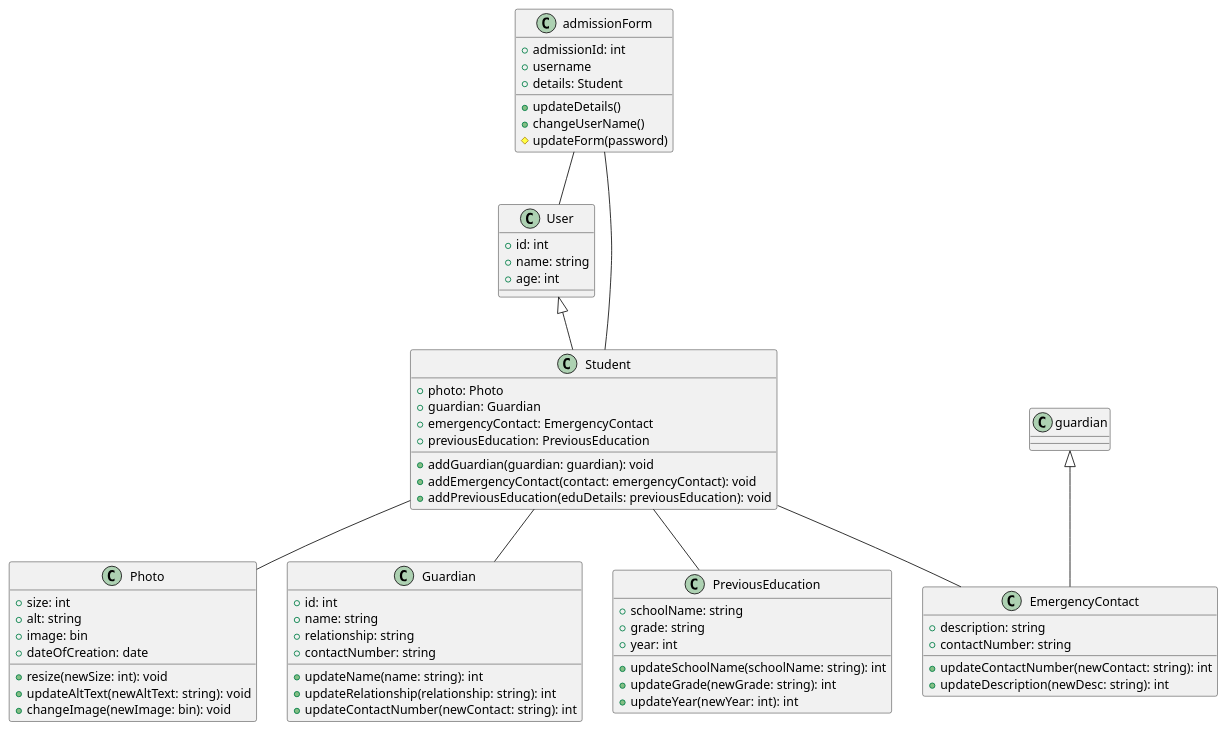
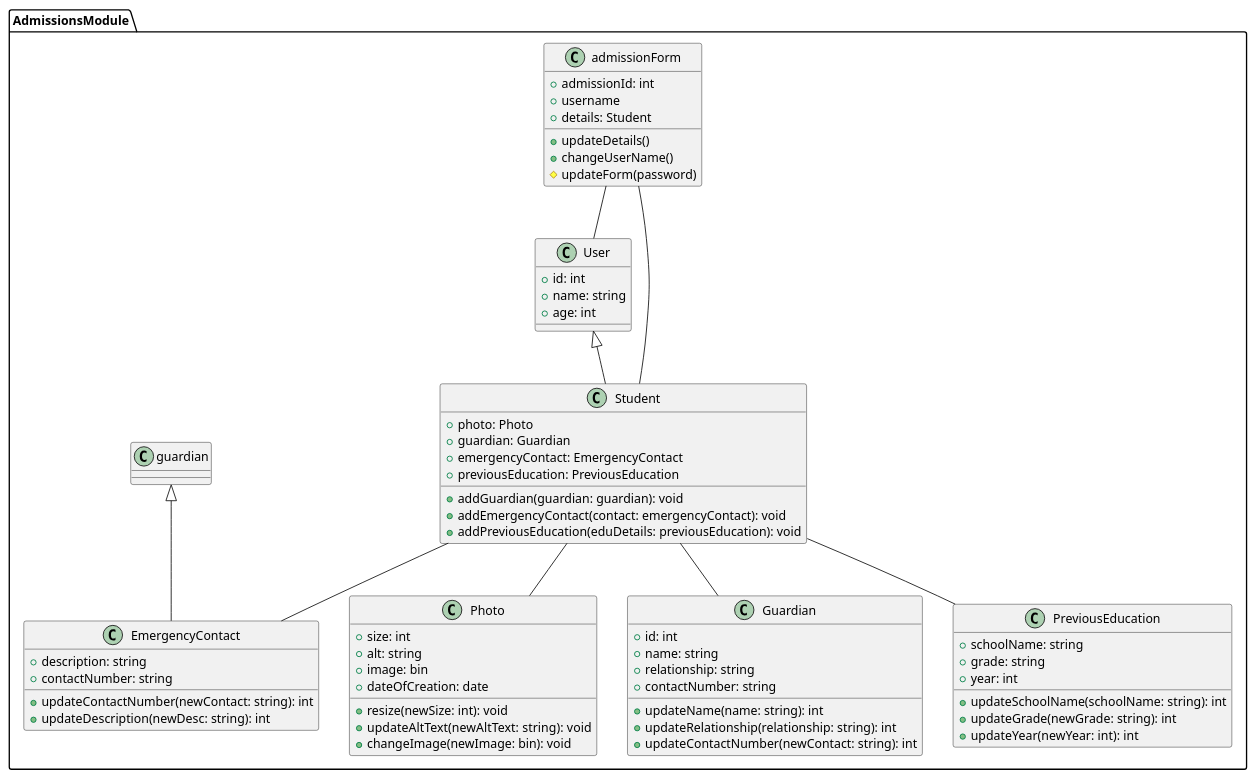
One commit to anshium/DASS-Assignment-3-IMS-System-Design changed the diagram in admissions.plantuml. Above: the diagram before and after it, drawn with PlantUML. The commit also changed 9 other files, not shown here.

```diff
--- a/admissions.plantuml
+++ b/admissions.plantuml
@@ -1,77 +1,77 @@
 @startuml admissions
+package AdmissionsModule {
+	class admissionForm {
+		+ admissionId: int
+		+ username
+		+ details: Student
 
-class admissionForm {
-	+ admissionId: int
-	+ username
-	+ details: Student
+		+ updateDetails()
+		+ changeUserName()
+		' See this
+		# updateForm(password)
+	}
 
-	+ updateDetails()
-	+ changeUserName()
-	' See this
-	# updateForm(password)
+	class User {
+		+ id: int
+		+ name: string
+		+ age: int
+	}
+
+	class Student extends User{
+		+ photo: Photo
+		+ guardian: Guardian
+		+ emergencyContact: EmergencyContact
+		+ previousEducation: PreviousEducation
+
+		+ addGuardian(guardian: guardian): void
+		+ addEmergencyContact(contact: emergencyContact): void
+		+ addPreviousEducation(eduDetails: previousEducation): void
+	}
+
+	class Photo {
+		+ size: int
+		+ alt: string
+		+ image: bin
+		+ dateOfCreation: date
+		+ resize(newSize: int): void
+		+ updateAltText(newAltText: string): void
+		+ changeImage(newImage: bin): void
+	}
+
+	class Guardian {
+		+ id: int
+		+ name: string
+		+ relationship: string
+		+ contactNumber: string
+
+		+ updateName(name: string): int
+		+ updateRelationship(relationship: string): int
+		+ updateContactNumber(newContact: string): int
+	}
+
+	class EmergencyContact extends guardian{
+		+ description: string
+		+ contactNumber: string
+
+		+ updateContactNumber(newContact: string): int
+		+ updateDescription(newDesc: string): int
+	}
+
+	class PreviousEducation {
+		+ schoolName: string
+		+ grade: string
+		+ year: int
+		
+		+ updateSchoolName(schoolName: string): int
+		+ updateGrade(newGrade: string): int
+		+ updateYear(newYear: int): int
+	}
+
+	admissionForm -- User
+	admissionForm -- Student
+	Student -- Photo
+	Student -- Guardian
+	Student -- EmergencyContact
+	Student -- PreviousEducation
 }
-
-class User {
-	+ id: int
-	+ name: string
-	+ age: int
-}
-
-class Student extends User{
-	+ photo: Photo
-	+ guardian: Guardian
-	+ emergencyContact: EmergencyContact
-	+ previousEducation: PreviousEducation
-
-	+ addGuardian(guardian: guardian): void
-	+ addEmergencyContact(contact: emergencyContact): void
-	+ addPreviousEducation(eduDetails: previousEducation): void
-}
-
-class Photo {
-	+ size: int
-	+ alt: string
-	+ image: bin
-	+ dateOfCreation: date
-	+ resize(newSize: int): void
-	+ updateAltText(newAltText: string): void
-	+ changeImage(newImage: bin): void
-}
-
-class Guardian {
-	+ id: int
-	+ name: string
-	+ relationship: string
-	+ contactNumber: string
-
-	+ updateName(name: string): int
-	+ updateRelationship(relationship: string): int
-	+ updateContactNumber(newContact: string): int
-}
-
-class EmergencyContact extends guardian{
-	+ description: string
-	+ contactNumber: string
-
-	+ updateContactNumber(newContact: string): int
-	+ updateDescription(newDesc: string): int
-}
-
-class PreviousEducation {
-	+ schoolName: string
-	+ grade: string
-	+ year: int
-	
-	+ updateSchoolName(schoolName: string): int
-	+ updateGrade(newGrade: string): int
-	+ updateYear(newYear: int): int
-}
-
-admissionForm -- User
-admissionForm -- Student
-Student -- Photo
-Student -- Guardian
-Student -- EmergencyContact
-Student -- PreviousEducation
-
 @enduml
```
